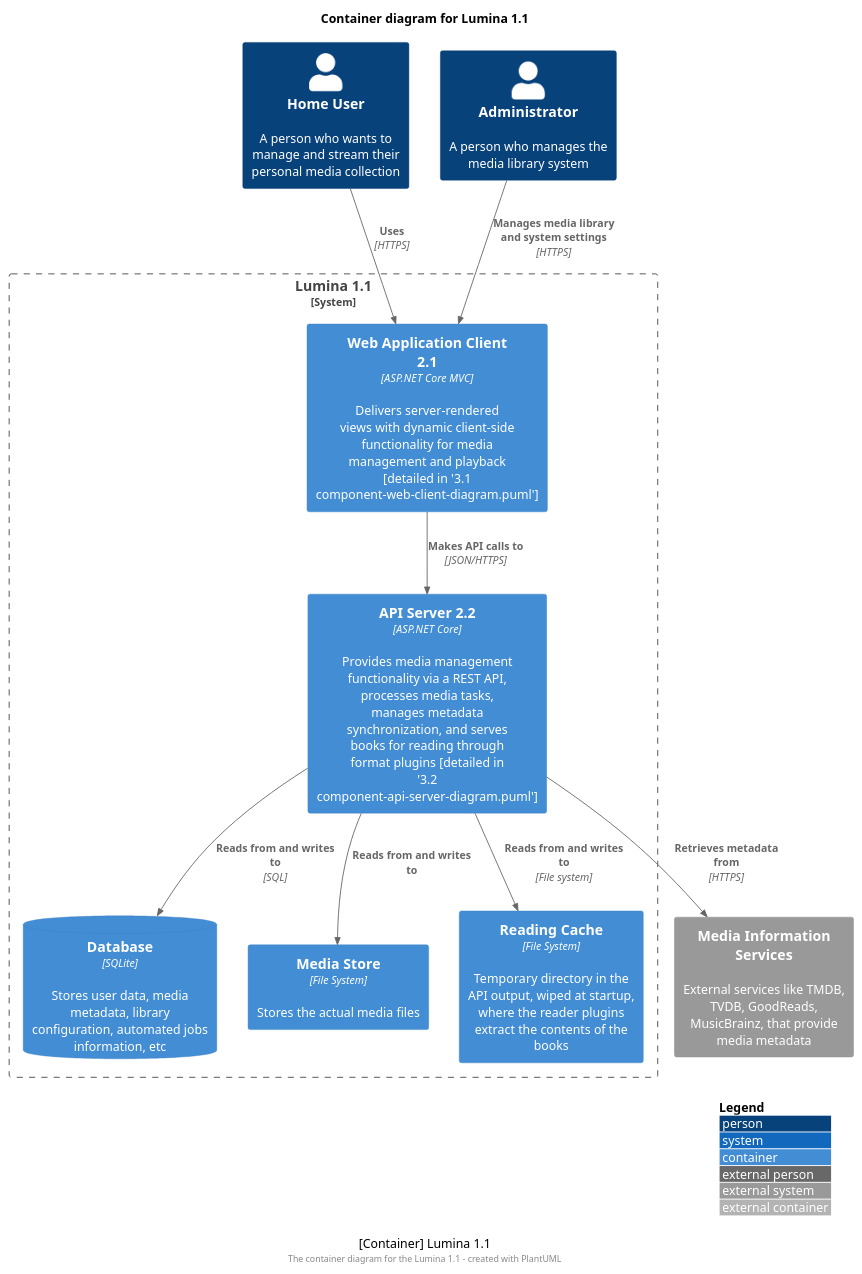
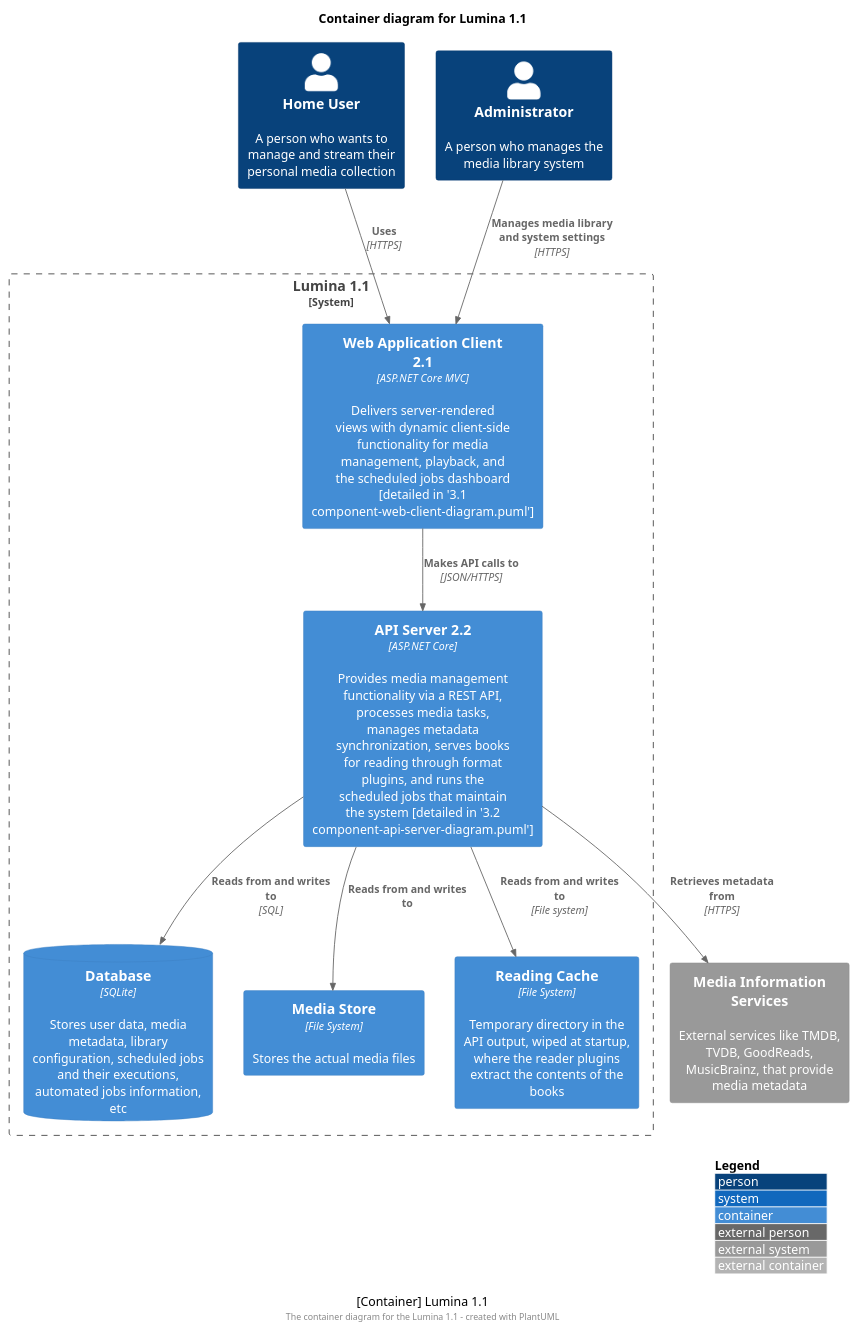
The diagram in docs/technical/architecture/2 container-diagram.puml (BinaryAlley/Lumina), drawn with PlantUML before and after one commit. The commit also changed 17 other files, not shown here.

```diff
--- a/docs/technical/architecture/2 container-diagram.puml
+++ b/docs/technical/architecture/2 container-diagram.puml
@@ -1,35 +1,35 @@
 @startuml Lumina Container Diagram
 !include <C4/C4_Container>
 
 LAYOUT_WITH_LEGEND()
 title Container diagram for Lumina 1.1
 
 Person(user, "Home User", "A person who wants to manage and stream their personal media collection")
 Person(admin, "Administrator", "A person who manages the media library system")
 
 System_Boundary(c1, "Lumina 1.1") {
-    Container(webapp, "Web Application Client 2.1", "ASP.NET Core MVC", "Delivers server-rendered views with dynamic client-side functionality for media management and playback [detailed in '3.1 component-web-client-diagram.puml']")
+    Container(webapp, "Web Application Client 2.1", "ASP.NET Core MVC", "Delivers server-rendered views with dynamic client-side functionality for media management, playback, and the scheduled jobs dashboard [detailed in '3.1 component-web-client-diagram.puml']")
     
-    Container(api, "API Server 2.2", "ASP.NET Core", "Provides media management functionality via a REST API, processes media tasks, manages metadata synchronization, and serves books for reading through format plugins [detailed in '3.2 component-api-server-diagram.puml']")
+    Container(api, "API Server 2.2", "ASP.NET Core", "Provides media management functionality via a REST API, processes media tasks, manages metadata synchronization, serves books for reading through format plugins, and runs the scheduled jobs that maintain the system [detailed in '3.2 component-api-server-diagram.puml']")
     
-    ContainerDb(db, "Database", "SQLite", "Stores user data, media metadata, library configuration, automated jobs information, etc")
+    ContainerDb(db, "Database", "SQLite", "Stores user data, media metadata, library configuration, scheduled jobs and their executions, automated jobs information, etc")
     
     Container(filestore, "Media Store", "File System", "Stores the actual media files")
     
     Container(readCache, "Reading Cache", "File System", "Temporary directory in the API output, wiped at startup, where the reader plugins extract the contents of the books")
 }
 
 System_Ext(metadata, "Media Information Services", "External services like TMDB, TVDB, GoodReads, MusicBrainz, that provide media metadata")
 
 Rel(user, webapp, "Uses", "HTTPS")
 Rel(admin, webapp, "Manages media library and system settings", "HTTPS")
 Rel(webapp, api, "Makes API calls to", "JSON/HTTPS")
 Rel(api, db, "Reads from and writes to", "SQL")
 Rel(api, filestore, "Reads from and writes to")
 Rel(api, readCache, "Reads from and writes to", "File system")
 Rel(api, metadata, "Retrieves metadata from", "HTTPS")
 
 caption [Container] Lumina 1.1
 
 footer The container diagram for the Lumina 1.1 - created with PlantUML
 @enduml
```
